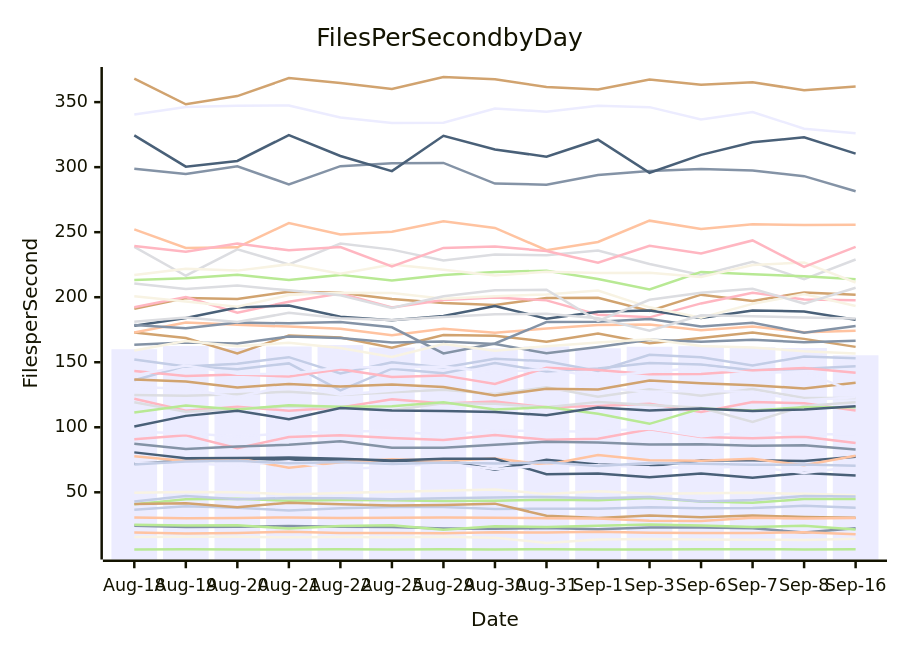
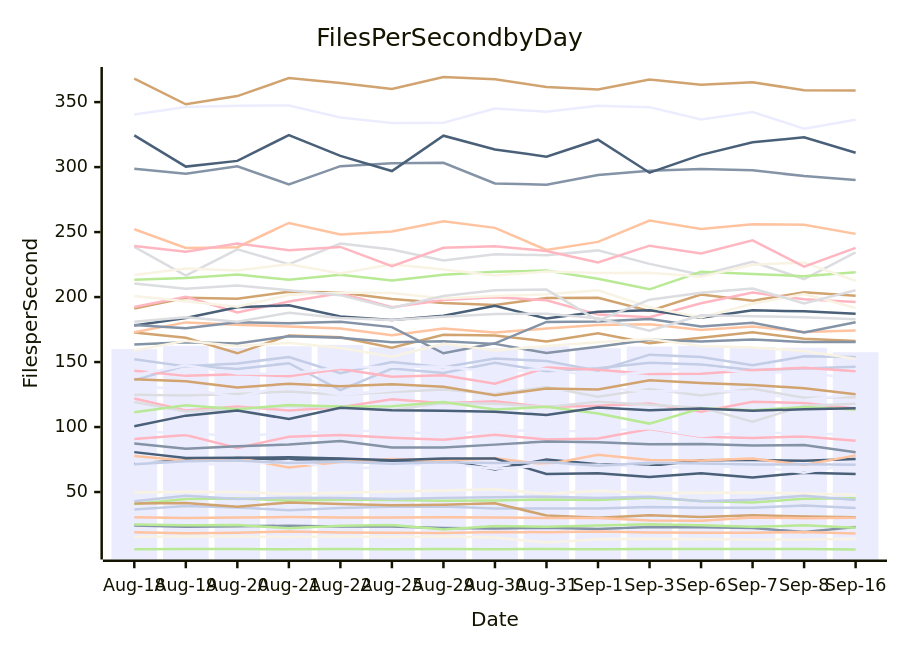
Before and after one commit to streetsidesoftware/cspell: the diagram in perf-report.md, drawn with Mermaid. The commit also changed other lines of this file and 1 other file, not shown here.

````diff
--- a/perf-report.md
+++ b/perf-report.md
@@ -10,57 +10,57 @@
 ```mermaid
 xychart-beta
     title Files Per Second by Day
     y-axis Files per Second
     x-axis Date [Aug-18, Aug-19, Aug-20, Aug-21, Aug-22, Aug-25, Aug-29, Aug-30, Aug-31, Sep-1, Sep-3, Sep-6, Sep-7, Sep-8, Sep-16]
-    bar [160.00, 162.54, 160.82, 162.11, 163.20, 161.31, 162.91, 160.67, 162.16, 160.72, 161.93, 162.34, 161.56, 160.97, 155.36]
-    line [24.23, 23.27, 23.59, 24.08, 23.43, 23.40, 22.23, 21.90, 22.46, 21.60, 23.03, 22.85, 22.27, 19.18, 22.38]
-    line [19.10, 18.27, 18.74, 19.65, 18.80, 18.62, 18.45, 19.29, 19.08, 19.71, 18.88, 18.65, 18.65, 19.33, 17.72]
-    line [124.81, 124.18, 125.47, 127.40, 124.91, 126.98, 128.83, 125.51, 130.73, 123.39, 129.29, 124.27, 129.39, 122.55, 122.59]
-    line [40.85, 44.70, 45.09, 43.47, 44.07, 43.94, 43.35, 43.55, 44.33, 43.81, 45.60, 43.01, 41.97, 44.80, 44.92]
-    line [172.80, 168.69, 156.73, 170.52, 169.10, 161.12, 170.94, 170.42, 165.85, 172.14, 164.57, 168.71, 172.84, 167.97, 161.82]
-    line [36.51, 39.25, 38.04, 36.06, 37.72, 38.63, 38.79, 37.24, 37.32, 37.33, 38.42, 37.82, 37.98, 39.62, 38.17]
-    line [121.90, 112.74, 115.76, 112.80, 115.24, 121.46, 118.37, 119.80, 115.33, 116.38, 118.04, 111.85, 119.40, 118.51, 112.93]
-    line [72.13, 74.31, 76.20, 74.98, 75.32, 73.98, 74.92, 67.44, 74.93, 71.42, 69.97, 74.43, 74.58, 74.02, 77.29]
-    line [49.59, 50.25, 50.03, 48.40, 49.47, 50.47, 51.15, 52.21, 48.60, 50.89, 48.97, 49.35, 49.58, 48.85, 47.68]
-    line [131.02, 129.61, 123.08, 132.18, 124.93, 128.24, 131.60, 124.76, 128.19, 130.51, 127.29, 128.13, 127.03, 120.72, 123.12]
-    line [163.52, 165.17, 164.35, 169.78, 168.65, 165.26, 166.00, 163.99, 156.90, 161.76, 167.23, 165.73, 167.27, 165.39, 166.61]
-    line [77.65, 74.07, 76.09, 68.93, 73.13, 75.35, 74.03, 75.97, 71.20, 78.69, 74.68, 74.33, 75.84, 70.78, 78.03]
-    line [238.65, 216.52, 236.75, 225.24, 241.21, 236.60, 228.23, 232.86, 232.26, 235.92, 225.53, 217.15, 227.16, 213.82, 228.97]
-    line [6.05, 6.23, 6.09, 6.02, 6.19, 6.02, 6.20, 6.04, 6.23, 6.06, 6.09, 6.20, 6.14, 6.11, 6.16]
-    line [41.09, 41.54, 38.59, 41.99, 40.85, 39.81, 40.28, 41.27, 31.95, 30.26, 32.20, 30.88, 32.09, 31.08, 30.36]
-    line [136.12, 147.29, 144.63, 149.12, 128.33, 145.05, 141.62, 149.48, 142.85, 145.28, 149.46, 148.18, 143.83, 145.01, 146.90]
-    line [90.83, 93.92, 83.91, 92.53, 93.93, 91.70, 90.17, 94.03, 90.40, 91.22, 98.55, 92.55, 91.52, 92.79, 87.86]
-    line [80.70, 76.26, 76.41, 76.73, 75.85, 74.38, 75.85, 75.82, 63.83, 64.49, 61.65, 64.50, 61.26, 64.86, 62.88]
-    line [15.67, 15.78, 15.86, 15.35, 15.70, 15.41, 15.75, 15.00, 11.10, 13.64, 14.09, 13.63, 13.57, 13.40, 14.37]
-    line [73.04, 72.36, 70.62, 73.83, 67.67, 69.68, 72.12, 68.00, 70.47, 70.89, 69.29, 68.94, 69.89, 64.77, 69.89]
-    line [298.69, 294.82, 300.68, 286.71, 300.74, 302.95, 303.29, 287.37, 286.48, 293.90, 297.13, 298.52, 297.48, 293.09, 281.52]
-    line [172.92, 180.52, 178.78, 177.41, 175.76, 170.70, 175.74, 172.74, 175.87, 178.56, 179.08, 174.59, 177.44, 173.15, 174.21]
-    line [119.19, 111.93, 114.00, 116.17, 114.97, 113.11, 118.41, 118.01, 115.40, 119.50, 117.17, 114.93, 104.04, 116.42, 119.21]
-    line [111.39, 116.78, 113.71, 117.01, 115.75, 116.08, 119.18, 113.59, 115.52, 110.36, 102.65, 114.46, 112.83, 115.47, 115.48]
-    line [191.14, 199.41, 198.71, 204.15, 203.44, 198.55, 195.50, 193.96, 199.31, 199.53, 189.39, 201.97, 197.12, 203.70, 201.81]
-    line [42.85, 47.12, 44.69, 45.57, 45.49, 44.61, 45.50, 46.05, 46.44, 45.45, 46.41, 42.91, 44.10, 47.18, 46.86]
-    line [192.32, 200.16, 188.13, 196.57, 202.87, 192.16, 197.82, 199.85, 197.57, 186.50, 184.53, 195.23, 203.47, 198.25, 197.69]
-    line [178.10, 183.95, 192.12, 193.67, 185.05, 182.38, 185.55, 193.26, 183.54, 188.75, 189.86, 184.03, 189.81, 189.01, 182.71]
-    line [200.81, 196.78, 192.62, 201.64, 203.42, 203.18, 198.91, 200.77, 202.09, 205.14, 192.22, 184.22, 194.88, 202.40, 193.18]
-    line [340.52, 346.23, 347.14, 347.41, 338.20, 333.97, 334.12, 345.07, 342.66, 347.17, 346.14, 336.60, 342.41, 329.55, 326.13]
-    line [178.57, 176.08, 180.57, 179.89, 180.99, 176.89, 156.76, 164.43, 180.88, 181.23, 183.21, 177.43, 180.28, 172.77, 177.91]
-    line [30.62, 30.06, 30.32, 30.71, 30.33, 30.41, 30.59, 30.45, 30.07, 29.95, 28.16, 27.92, 30.43, 29.89, 30.27]
-    line [181.07, 184.49, 180.99, 187.99, 183.89, 182.41, 184.77, 186.94, 187.25, 183.77, 174.20, 186.05, 185.31, 184.47, 183.69]
-    line [213.27, 214.61, 217.28, 213.25, 217.17, 212.77, 217.16, 219.42, 220.41, 214.04, 205.97, 219.44, 217.73, 216.08, 213.82]
-    line [368.14, 348.34, 354.65, 368.47, 364.63, 360.14, 369.32, 367.60, 361.65, 359.68, 367.46, 363.32, 365.30, 359.11, 362.09]
-    line [152.10, 146.68, 148.87, 153.90, 141.45, 150.06, 146.03, 152.71, 150.80, 143.28, 155.69, 153.87, 147.46, 154.39, 153.06]
-    line [143.28, 139.37, 140.53, 139.04, 144.69, 138.65, 139.89, 133.31, 145.80, 144.08, 140.79, 141.02, 143.66, 145.59, 141.83]
-    line [100.66, 108.77, 112.72, 106.20, 114.85, 112.98, 112.47, 111.83, 109.19, 115.12, 112.97, 114.35, 112.51, 113.70, 116.25]
-    line [217.00, 221.94, 220.45, 225.30, 218.11, 225.16, 221.13, 216.69, 219.64, 218.57, 218.78, 215.63, 224.82, 226.65, 211.30]
-    line [96.65, 95.35, 92.84, 95.49, 96.50, 97.40, 93.72, 97.65, 96.80, 96.99, 99.11, 93.19, 96.28, 94.70, 94.65]
-    line [87.25, 83.34, 85.16, 86.61, 89.19, 84.30, 84.25, 86.47, 88.91, 88.27, 86.74, 86.90, 85.78, 86.18, 82.88]
-    line [252.21, 237.84, 238.36, 257.03, 248.15, 250.39, 258.39, 253.25, 236.21, 242.44, 258.87, 252.44, 256.07, 255.58, 255.72]
-    line [210.46, 206.31, 208.96, 205.28, 201.48, 191.68, 200.76, 205.32, 205.73, 181.85, 198.01, 203.39, 206.55, 195.11, 207.23]
-    line [25.07, 24.48, 24.64, 22.11, 24.14, 24.67, 21.16, 23.95, 23.30, 24.27, 25.24, 24.42, 23.30, 24.35, 21.31]
-    line [136.82, 135.16, 130.52, 133.31, 131.34, 132.85, 130.95, 124.42, 129.63, 128.97, 135.94, 133.80, 132.37, 129.87, 134.21]
-    line [71.44, 73.71, 74.27, 72.25, 73.30, 71.82, 72.99, 72.24, 73.05, 70.19, 72.55, 71.94, 71.15, 71.34, 70.35]
-    line [239.31, 234.89, 241.23, 236.06, 238.56, 223.75, 237.91, 239.06, 235.45, 226.56, 239.54, 233.61, 243.66, 223.35, 238.65]
-    line [324.40, 300.37, 304.78, 324.68, 308.60, 296.98, 324.16, 313.60, 308.04, 321.08, 295.70, 309.43, 319.09, 322.91, 310.44]
-    line [158.95, 166.31, 162.23, 164.91, 160.87, 154.07, 164.02, 158.84, 162.35, 165.15, 167.75, 162.42, 161.26, 158.45, 156.67]
-    line [139.83, 147.55, 141.21, 140.96, 145.89, 146.30, 146.55, 142.25, 144.70, 138.76, 142.53, 146.03, 141.67, 142.57, 127.08]
+    bar [160.00, 162.54, 160.82, 162.11, 163.20, 161.31, 162.91, 160.67, 162.16, 160.72, 161.93, 162.34, 161.56, 160.97, 157.55]
+    line [24.23, 23.27, 23.59, 24.08, 23.43, 23.40, 22.23, 21.90, 22.46, 21.60, 23.03, 22.85, 22.27, 19.18, 23.11]
+    line [19.10, 18.27, 18.74, 19.65, 18.80, 18.62, 18.45, 19.29, 19.08, 19.71, 18.88, 18.65, 18.65, 19.33, 18.07]
+    line [124.81, 124.18, 125.47, 127.40, 124.91, 126.98, 128.83, 125.51, 130.73, 123.39, 129.29, 124.27, 129.39, 122.55, 122.88]
+    line [40.85, 44.70, 45.09, 43.47, 44.07, 43.94, 43.35, 43.55, 44.33, 43.81, 45.60, 43.01, 41.97, 44.80, 45.26]
+    line [172.80, 168.69, 156.73, 170.52, 169.10, 161.12, 170.94, 170.42, 165.85, 172.14, 164.57, 168.71, 172.84, 167.97, 166.22]
+    line [36.51, 39.25, 38.04, 36.06, 37.72, 38.63, 38.79, 37.24, 37.32, 37.33, 38.42, 37.82, 37.98, 39.62, 37.64]
+    line [121.90, 112.74, 115.76, 112.80, 115.24, 121.46, 118.37, 119.80, 115.33, 116.38, 118.04, 111.85, 119.40, 118.51, 114.20]
+    line [72.13, 74.31, 76.20, 74.98, 75.32, 73.98, 74.92, 67.44, 74.93, 71.42, 69.97, 74.43, 74.58, 74.02, 75.50]
+    line [49.59, 50.25, 50.03, 48.40, 49.47, 50.47, 51.15, 52.21, 48.60, 50.89, 48.97, 49.35, 49.58, 48.85, 47.97]
+    line [131.02, 129.61, 123.08, 132.18, 124.93, 128.24, 131.60, 124.76, 128.19, 130.51, 127.29, 128.13, 127.03, 120.72, 125.41]
+    line [163.52, 165.17, 164.35, 169.78, 168.65, 165.26, 166.00, 163.99, 156.90, 161.76, 167.23, 165.73, 167.27, 165.39, 165.37]
+    line [77.65, 74.07, 76.09, 68.93, 73.13, 75.35, 74.03, 75.97, 71.20, 78.69, 74.68, 74.33, 75.84, 70.78, 78.20]
+    line [238.65, 216.52, 236.75, 225.24, 241.21, 236.60, 228.23, 232.86, 232.26, 235.92, 225.53, 217.15, 227.16, 213.82, 234.37]
+    line [6.05, 6.23, 6.09, 6.02, 6.19, 6.02, 6.20, 6.04, 6.23, 6.06, 6.09, 6.20, 6.14, 6.11, 5.78]
+    line [41.09, 41.54, 38.59, 41.99, 40.85, 39.81, 40.28, 41.27, 31.95, 30.26, 32.20, 30.88, 32.09, 31.08, 30.60]
+    line [136.12, 147.29, 144.63, 149.12, 128.33, 145.05, 141.62, 149.48, 142.85, 145.28, 149.46, 148.18, 143.83, 145.01, 146.41]
+    line [90.83, 93.92, 83.91, 92.53, 93.93, 91.70, 90.17, 94.03, 90.40, 91.22, 98.55, 92.55, 91.52, 92.79, 89.51]
+    line [80.70, 76.26, 76.41, 76.73, 75.85, 74.38, 75.85, 75.82, 63.83, 64.49, 61.65, 64.50, 61.26, 64.86, 63.96]
+    line [15.67, 15.78, 15.86, 15.35, 15.70, 15.41, 15.75, 15.00, 11.10, 13.64, 14.09, 13.63, 13.57, 13.40, 13.81]
+    line [73.04, 72.36, 70.62, 73.83, 67.67, 69.68, 72.12, 68.00, 70.47, 70.89, 69.29, 68.94, 69.89, 64.77, 72.12]
+    line [298.69, 294.82, 300.68, 286.71, 300.74, 302.95, 303.29, 287.37, 286.48, 293.90, 297.13, 298.52, 297.48, 293.09, 290.03]
+    line [172.92, 180.52, 178.78, 177.41, 175.76, 170.70, 175.74, 172.74, 175.87, 178.56, 179.08, 174.59, 177.44, 173.15, 174.36]
+    line [119.19, 111.93, 114.00, 116.17, 114.97, 113.11, 118.41, 118.01, 115.40, 119.50, 117.17, 114.93, 104.04, 116.42, 117.89]
+    line [111.39, 116.78, 113.71, 117.01, 115.75, 116.08, 119.18, 113.59, 115.52, 110.36, 102.65, 114.46, 112.83, 115.47, 113.56]
+    line [191.14, 199.41, 198.71, 204.15, 203.44, 198.55, 195.50, 193.96, 199.31, 199.53, 189.39, 201.97, 197.12, 203.70, 201.07]
+    line [42.85, 47.12, 44.69, 45.57, 45.49, 44.61, 45.50, 46.05, 46.44, 45.45, 46.41, 42.91, 44.10, 47.18, 43.88]
+    line [192.32, 200.16, 188.13, 196.57, 202.87, 192.16, 197.82, 199.85, 197.57, 186.50, 184.53, 195.23, 203.47, 198.25, 196.22]
+    line [178.10, 183.95, 192.12, 193.67, 185.05, 182.38, 185.55, 193.26, 183.54, 188.75, 189.86, 184.03, 189.81, 189.01, 187.14]
+    line [200.81, 196.78, 192.62, 201.64, 203.42, 203.18, 198.91, 200.77, 202.09, 205.14, 192.22, 184.22, 194.88, 202.40, 191.56]
+    line [340.52, 346.23, 347.14, 347.41, 338.20, 333.97, 334.12, 345.07, 342.66, 347.17, 346.14, 336.60, 342.41, 329.55, 336.36]
+    line [178.57, 176.08, 180.57, 179.89, 180.99, 176.89, 156.76, 164.43, 180.88, 181.23, 183.21, 177.43, 180.28, 172.77, 180.61]
+    line [30.62, 30.06, 30.32, 30.71, 30.33, 30.41, 30.59, 30.45, 30.07, 29.95, 28.16, 27.92, 30.43, 29.89, 30.21]
+    line [181.07, 184.49, 180.99, 187.99, 183.89, 182.41, 184.77, 186.94, 187.25, 183.77, 174.20, 186.05, 185.31, 184.47, 182.86]
+    line [213.27, 214.61, 217.28, 213.25, 217.17, 212.77, 217.16, 219.42, 220.41, 214.04, 205.97, 219.44, 217.73, 216.08, 219.15]
+    line [368.14, 348.34, 354.65, 368.47, 364.63, 360.14, 369.32, 367.60, 361.65, 359.68, 367.46, 363.32, 365.30, 359.11, 358.89]
+    line [152.10, 146.68, 148.87, 153.90, 141.45, 150.06, 146.03, 152.71, 150.80, 143.28, 155.69, 153.87, 147.46, 154.39, 153.96]
+    line [143.28, 139.37, 140.53, 139.04, 144.69, 138.65, 139.89, 133.31, 145.80, 144.08, 140.79, 141.02, 143.66, 145.59, 142.94]
+    line [100.66, 108.77, 112.72, 106.20, 114.85, 112.98, 112.47, 111.83, 109.19, 115.12, 112.97, 114.35, 112.51, 113.70, 114.44]
+    line [217.00, 221.94, 220.45, 225.30, 218.11, 225.16, 221.13, 216.69, 219.64, 218.57, 218.78, 215.63, 224.82, 226.65, 212.42]
+    line [96.65, 95.35, 92.84, 95.49, 96.50, 97.40, 93.72, 97.65, 96.80, 96.99, 99.11, 93.19, 96.28, 94.70, 94.66]
+    line [87.25, 83.34, 85.16, 86.61, 89.19, 84.30, 84.25, 86.47, 88.91, 88.27, 86.74, 86.90, 85.78, 86.18, 80.59]
+    line [252.21, 237.84, 238.36, 257.03, 248.15, 250.39, 258.39, 253.25, 236.21, 242.44, 258.87, 252.44, 256.07, 255.58, 248.63]
+    line [210.46, 206.31, 208.96, 205.28, 201.48, 191.68, 200.76, 205.32, 205.73, 181.85, 198.01, 203.39, 206.55, 195.11, 205.27]
+    line [25.07, 24.48, 24.64, 22.11, 24.14, 24.67, 21.16, 23.95, 23.30, 24.27, 25.24, 24.42, 23.30, 24.35, 22.54]
+    line [136.82, 135.16, 130.52, 133.31, 131.34, 132.85, 130.95, 124.42, 129.63, 128.97, 135.94, 133.80, 132.37, 129.87, 125.28]
+    line [71.44, 73.71, 74.27, 72.25, 73.30, 71.82, 72.99, 72.24, 73.05, 70.19, 72.55, 71.94, 71.15, 71.34, 71.01]
+    line [239.31, 234.89, 241.23, 236.06, 238.56, 223.75, 237.91, 239.06, 235.45, 226.56, 239.54, 233.61, 243.66, 223.35, 237.82]
+    line [324.40, 300.37, 304.78, 324.68, 308.60, 296.98, 324.16, 313.60, 308.04, 321.08, 295.70, 309.43, 319.09, 322.91, 311.02]
+    line [158.95, 166.31, 162.23, 164.91, 160.87, 154.07, 164.02, 158.84, 162.35, 165.15, 167.75, 162.42, 161.26, 158.45, 152.45]
+    line [139.83, 147.55, 141.21, 140.96, 145.89, 146.30, 146.55, 142.25, 144.70, 138.76, 142.53, 146.03, 141.67, 142.57, 136.52]
 ```
````
